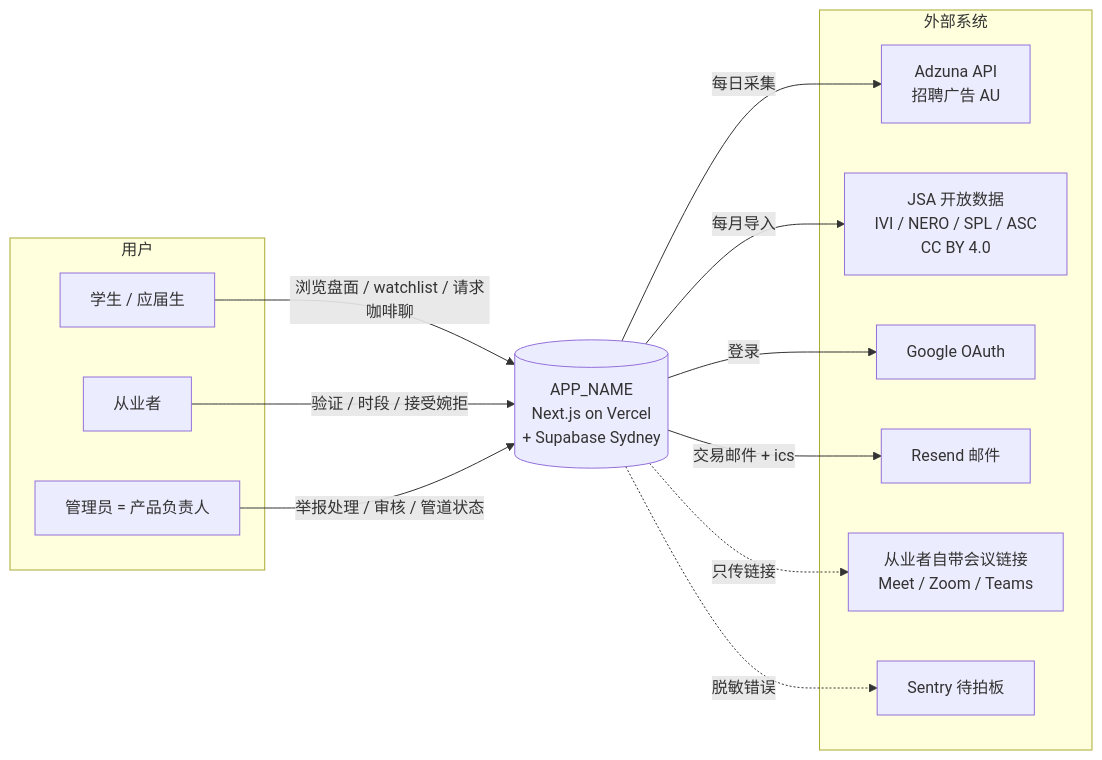
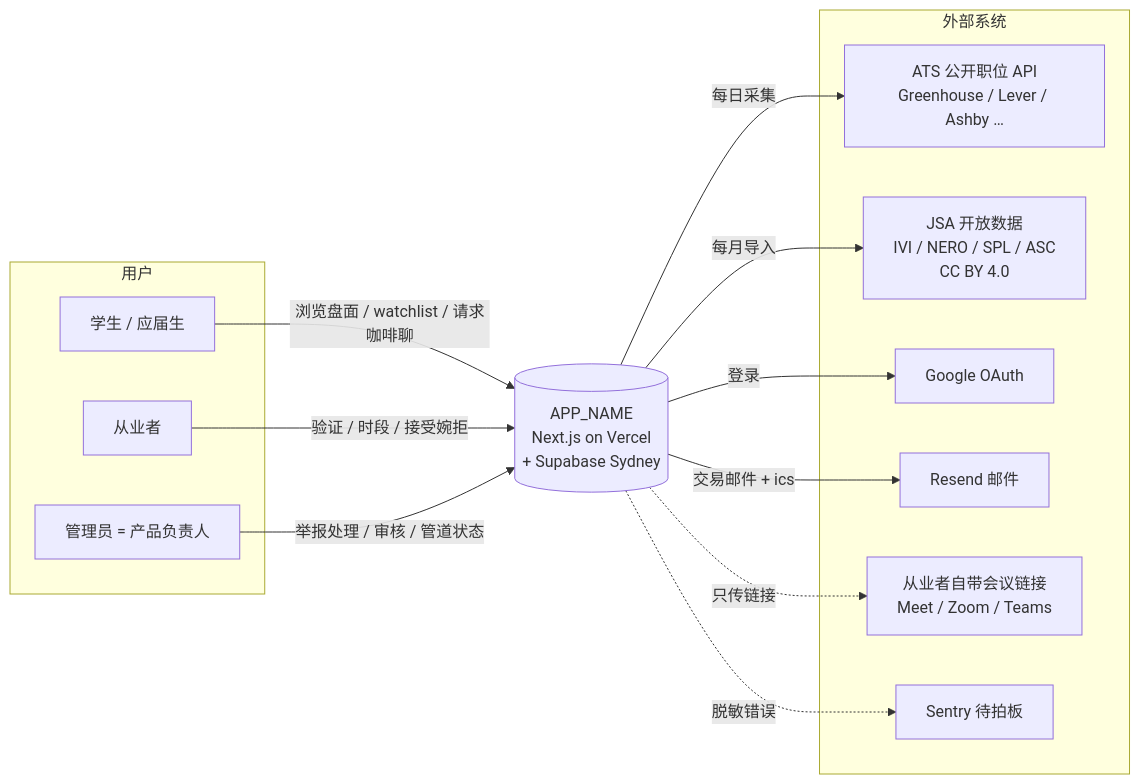
The first of 9 diagrams in docs/ARCHITECTURE.md (plcme/skill-market), drawn with Mermaid before and after one commit. The commit also changed other lines of this file and 13 other files, not shown here.

````diff
--- a/docs/ARCHITECTURE.md
+++ b/docs/ARCHITECTURE.md
@@ -73,26 +73,26 @@
 ```mermaid
 flowchart LR
     subgraph users[用户]
         S["学生 / 应届生"]
         P[从业者]
         A["管理员 = 产品负责人"]
     end
     subgraph ext[外部系统]
-        ADZ[Adzuna API<br/>招聘广告 AU]
+        ATS["ATS 公开职位 API<br/>Greenhouse / Lever / Ashby …"]
         JSA["JSA 开放数据<br/>IVI / NERO / SPL / ASC<br/>CC BY 4.0"]
         GOOG[Google OAuth]
         RES[Resend 邮件]
         VID["从业者自带会议链接<br/>Meet / Zoom / Teams"]
         SEN[Sentry 待拍板]
     end
     SYS[("APP_NAME<br/>Next.js on Vercel<br/>+ Supabase Sydney")]
     S -- 浏览盘面 / watchlist / 请求咖啡聊 --> SYS
     P -- 验证 / 时段 / 接受婉拒 --> SYS
     A -- 举报处理 / 审核 / 管道状态 --> SYS
-    SYS -- 每日采集 --> ADZ
+    SYS -- 每日采集 --> ATS
     SYS -- 每月导入 --> JSA
     SYS -- 登录 --> GOOG
     SYS -- 交易邮件 + ics --> RES
     SYS -. 只传链接 .-> VID
     SYS -. 脱敏错误 .-> SEN
 ```
````
